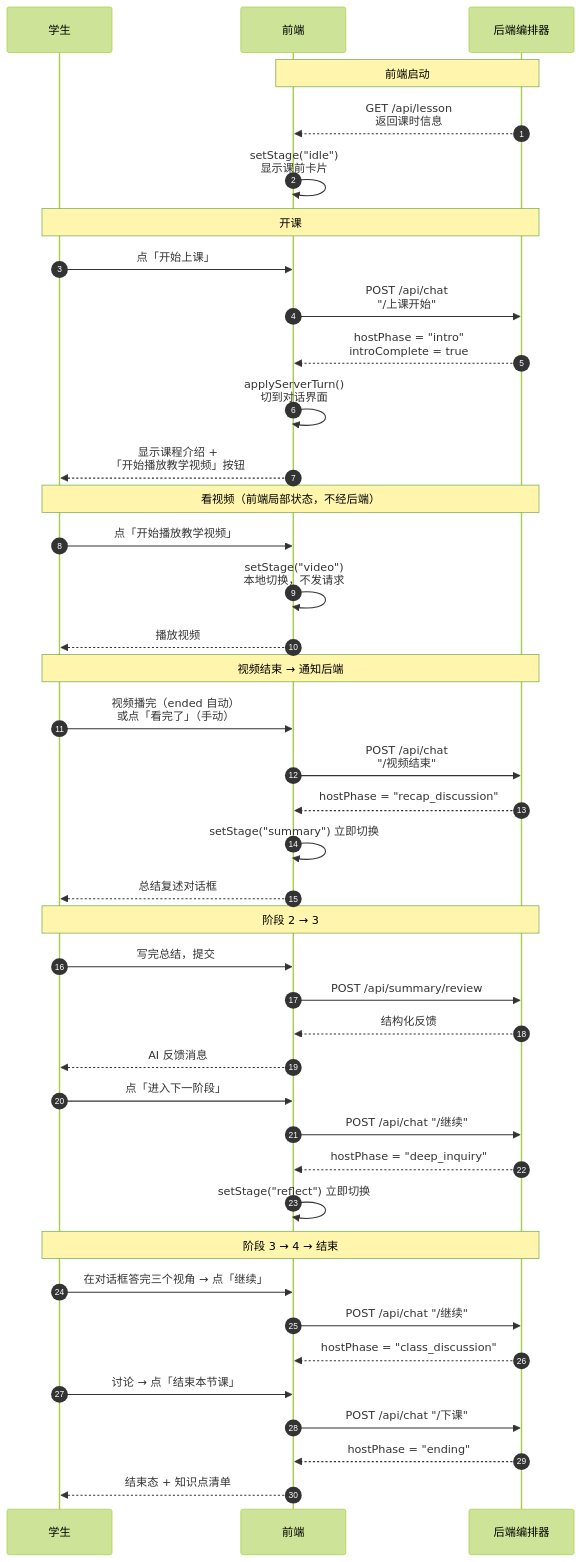
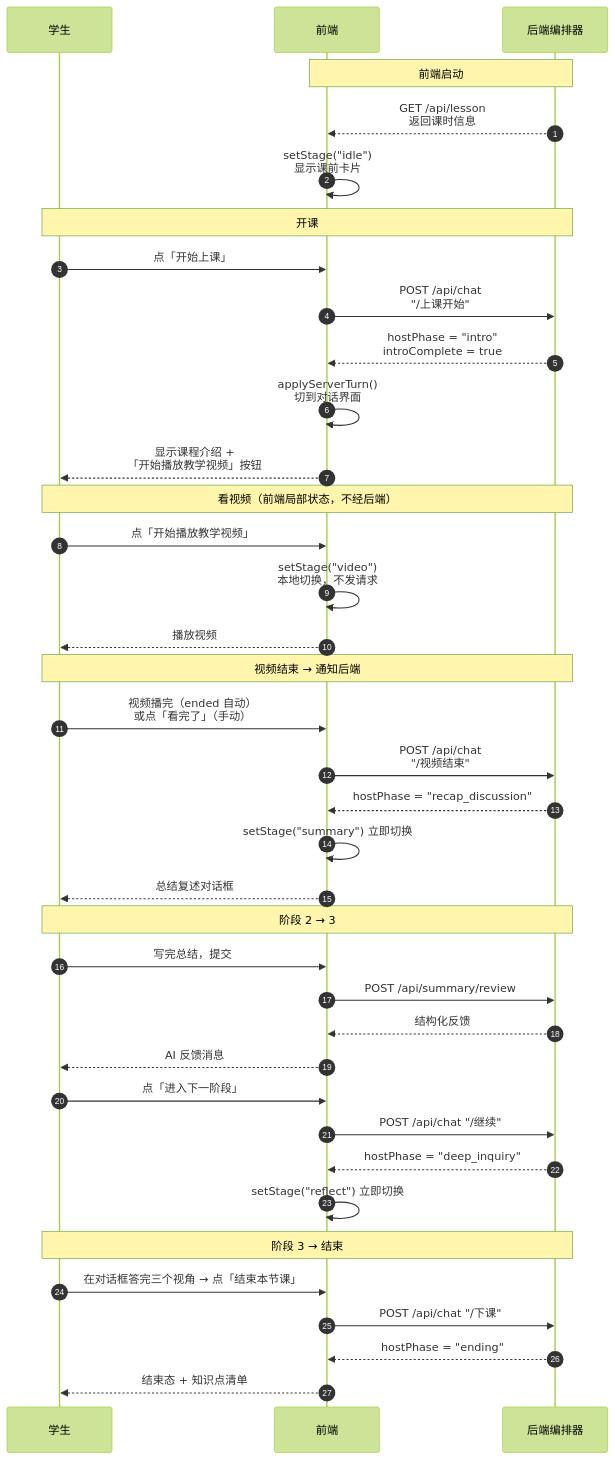
The second of 5 diagrams in student_agent/frontend/docs/architecture/ARCHITECTURE.md (huanche/agentic-class-pilot), drawn with Mermaid (forest theme) before and after one commit. The commit also changed other lines of this file and 35 other files, not shown here.

````diff
--- a/student_agent/frontend/docs/architecture/ARCHITECTURE.md
+++ b/student_agent/frontend/docs/architecture/ARCHITECTURE.md
@@ -72,49 +71,46 @@
 ```mermaid
 sequenceDiagram
     autonumber
     participant S as 学生
     participant F as 前端
     participant B as 后端编排器
 
     Note over F,B: 前端启动
     B-->>F: GET /api/lesson<br/>返回课时信息
     F->>F: setStage("idle")<br/>显示课前卡片
 
     Note over S,B: 开课
     S->>F: 点「开始上课」
     F->>B: POST /api/chat<br/>"/上课开始"
     B-->>F: hostPhase = "intro"<br/>introComplete = true
     F->>F: applyServerTurn()<br/>切到对话界面
     F-->>S: 显示课程介绍 +<br/>「开始播放教学视频」按钮
 
     Note over S,B: 看视频（前端局部状态，不经后端）
     S->>F: 点「开始播放教学视频」
     F->>F: setStage("video")<br/>本地切换，不发请求
     F-->>S: 播放视频
 
     Note over S,B: 视频结束 → 通知后端
     S->>F: 视频播完（ended 自动）<br/>或点「看完了」（手动）
     F->>B: POST /api/chat<br/>"/视频结束"
     B-->>F: hostPhase = "recap_discussion"
     F->>F: setStage("summary") 立即切换
     F-->>S: 总结复述对话框
 
     Note over S,B: 阶段 2 → 3
     S->>F: 写完总结，提交
     F->>B: POST /api/summary/review
     B-->>F: 结构化反馈
     F-->>S: AI 反馈消息
     S->>F: 点「进入下一阶段」
     F->>B: POST /api/chat "/继续"
     B-->>F: hostPhase = "deep_inquiry"
     F->>F: setStage("reflect") 立即切换
 
-    Note over S,B: 阶段 3 → 4 → 结束
-    S->>F: 在对话框答完三个视角 → 点「继续」
-    F->>B: POST /api/chat "/继续"
-    B-->>F: hostPhase = "class_discussion"
-    S->>F: 讨论 → 点「结束本节课」
+    Note over S,B: 阶段 3 → 结束
+    S->>F: 在对话框答完三个视角 → 点「结束本节课」
     F->>B: POST /api/chat "/下课"
     B-->>F: hostPhase = "ending"
     F-->>S: 结束态 + 知识点清单
 ```
````
